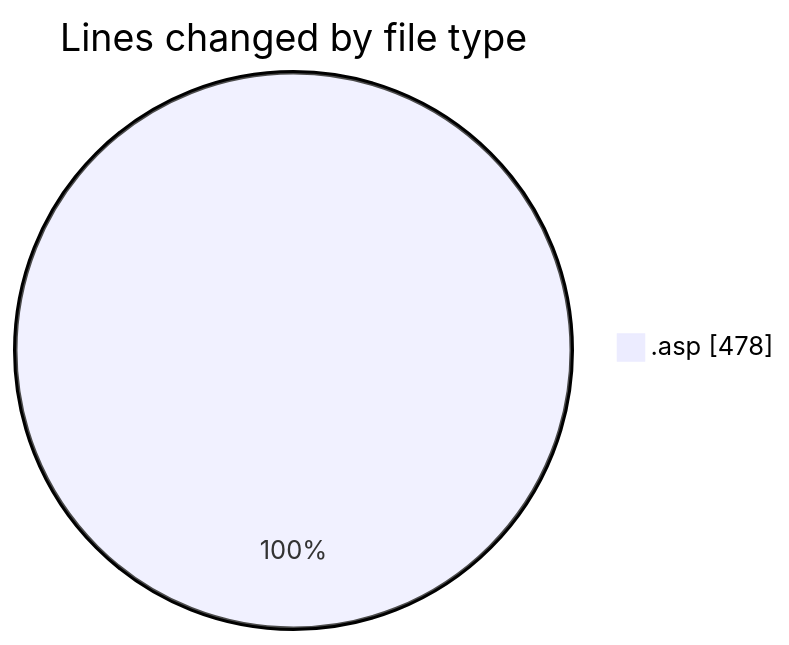
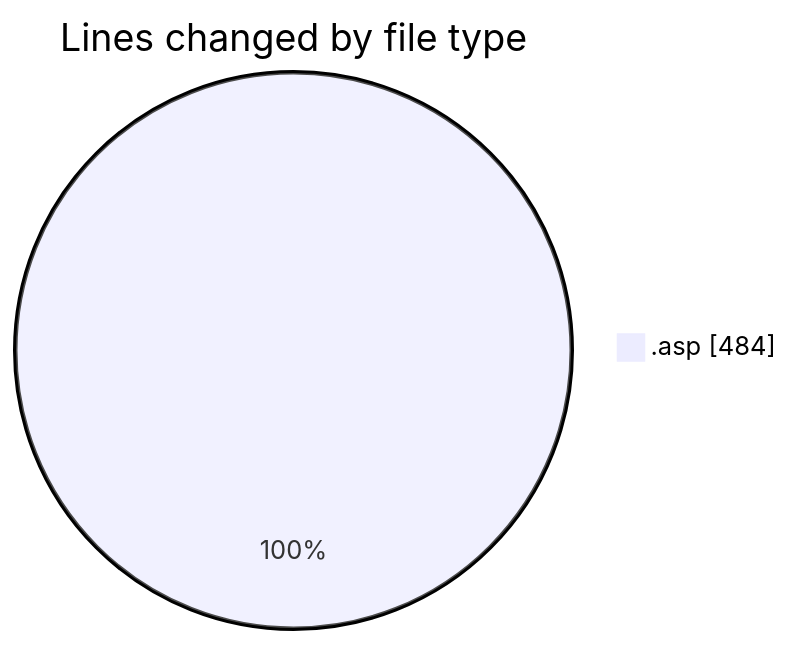
The first of 2 diagrams in 2025-11-15/cdp_aleoudev_fr__workspace_/README.md (julien-gomy/code-tracking), drawn with Mermaid before and after one commit. The commit also changed other lines of this file and 1 other file, not shown here.

````diff
--- a/2025-11-15/cdp_aleoudev_fr__workspace_/README.md
+++ b/2025-11-15/cdp_aleoudev_fr__workspace_/README.md
@@ -25,5 +25,5 @@
 ```mermaid
 pie showData
 title Lines changed by file type
-".asp" : 478
+".asp" : 484
 ```
````
